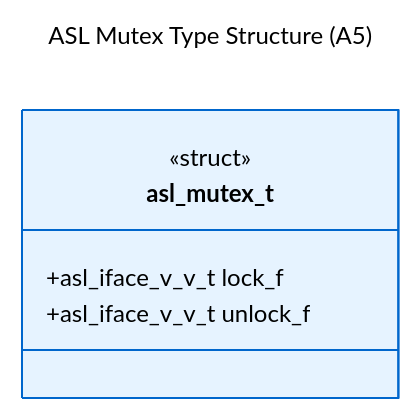
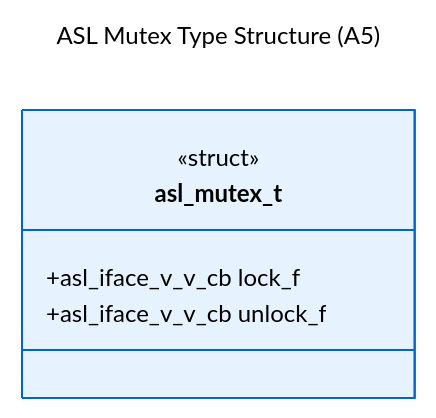
Before and after one commit to ABD-01/quantum-harmony: the third of 4 diagrams in architecture/logical_view_types_advanced.md, drawn with Mermaid. The commit also changed other lines of this file and 67 other files, not shown here.

````diff
--- a/architecture/logical_view_types_advanced.md
+++ b/architecture/logical_view_types_advanced.md
@@ -109,26 +109,26 @@
 ```mermaid
 ---
 title: ASL Mutex Type Structure (A5)
 config:
   theme: base
   themeVariables:
     background: "#ffffff"
     primaryColor: "#e6f3ff"
     primaryTextColor: "#000000"
     primaryBorderColor: "#0066cc"
     lineColor: "#000000"
     secondaryColor: "#f0f0f0"
     tertiaryColor: "#cccccc"
     fontFamily: "arial"
     fontSize: "12px"
 ---
 classDiagram
     class asl_mutex_t {
         <<struct>>
-        +asl_iface_v_v_t lock_f
-        +asl_iface_v_v_t unlock_f
+        +asl_iface_v_v_cb lock_f
+        +asl_iface_v_v_cb unlock_f
     }
     
     classDef thread fill:#e6f3ff,stroke:#0066cc,stroke-width:2px
     class asl_mutex_t:::thread
 ```
````
